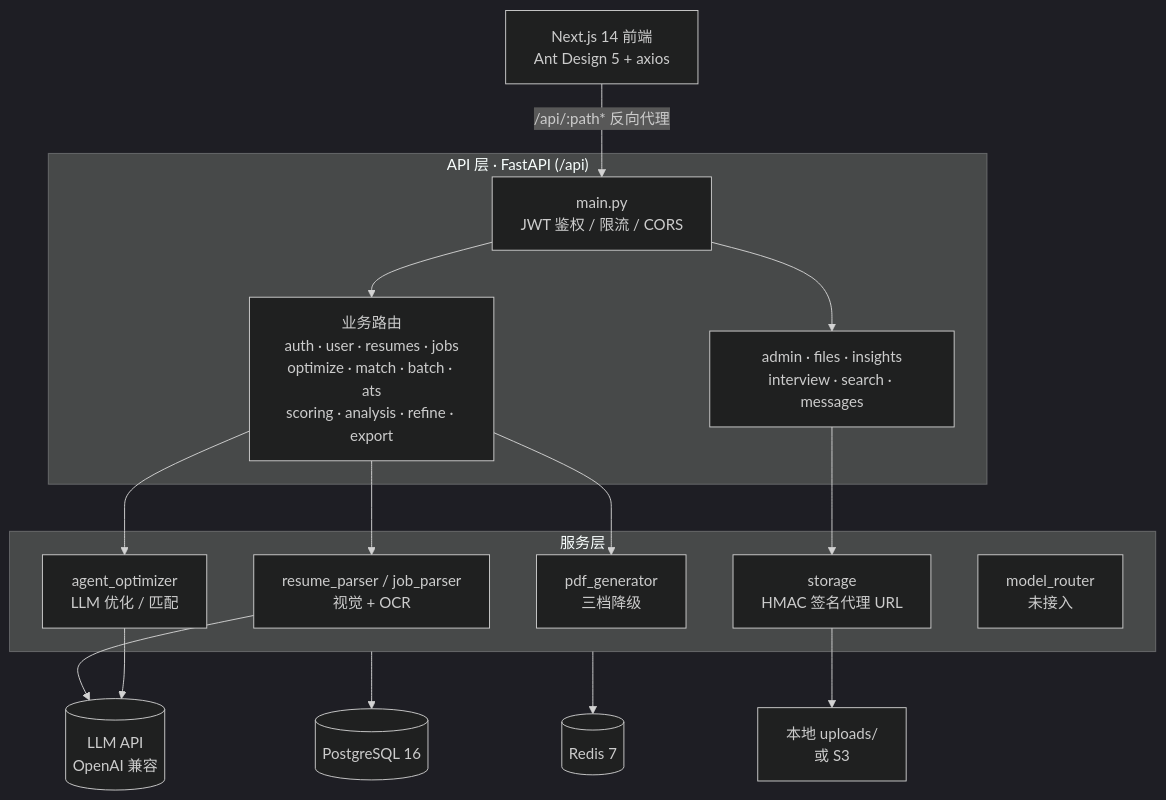
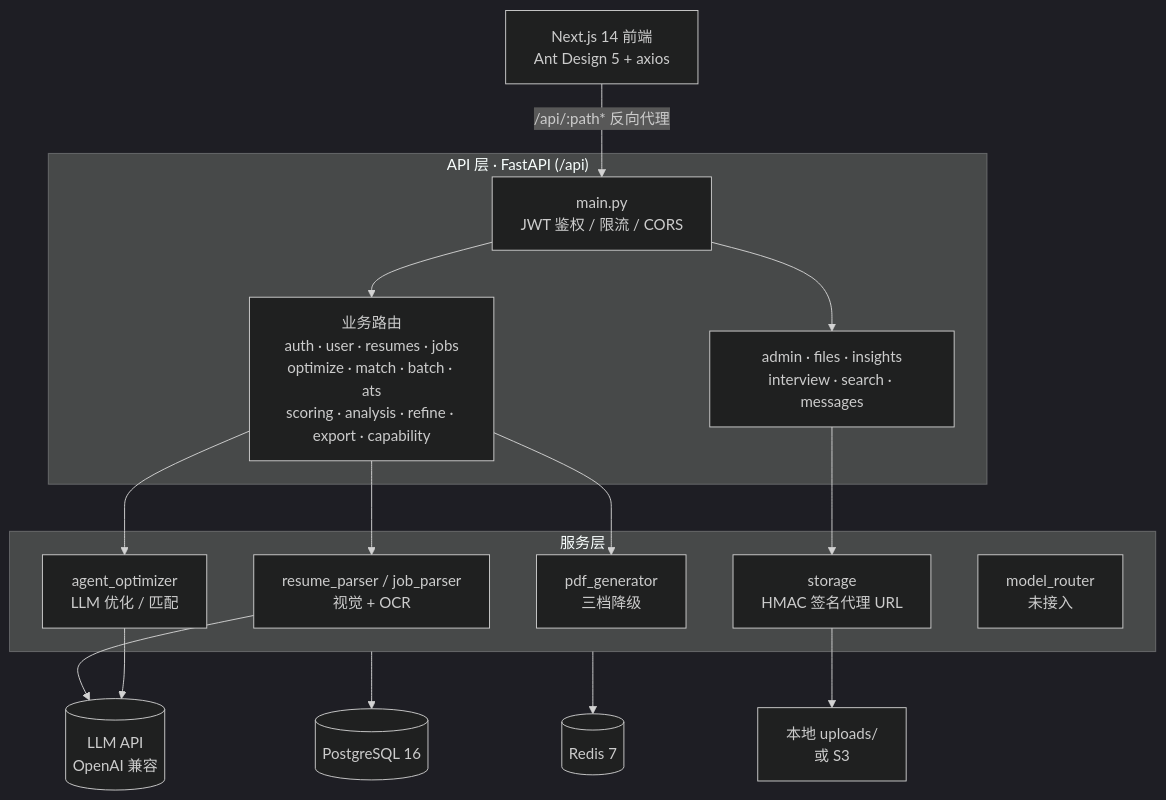
The first of 2 diagrams in PROJECT_OVERVIEW.md (xfufuxx/SmartResume), drawn with Mermaid (dark theme) before and after one commit. The commit also changed other lines of this file and 1 other file, not shown here.

Commit message:
docs: README/概述补充岗位能力测评模块至功能清单；capability API 与架构图入口

````diff
--- a/PROJECT_OVERVIEW.md
+++ b/PROJECT_OVERVIEW.md
@@ -75,28 +76,28 @@
 ```mermaid
 flowchart TB
     FE[Next.js 14 前端<br/>Ant Design 5 + axios]
     subgraph API["API 层 · FastAPI (/api)"]
         GW[main.py<br/>JWT 鉴权 / 限流 / CORS]
-        DOM[业务路由<br/>auth · user · resumes · jobs<br/>optimize · match · batch · ats<br/>scoring · analysis · refine · export]
+        DOM[业务路由<br/>auth · user · resumes · jobs<br/>optimize · match · batch · ats<br/>scoring · analysis · refine · export · capability]
         ADM[admin · files · insights<br/>interview · search · messages]
     end
     subgraph SVC["服务层"]
         PARSER[resume_parser / job_parser<br/>视觉 + OCR]
         AGENT[agent_optimizer<br/>LLM 优化 / 匹配]
         PDF[pdf_generator<br/>三档降级]
         STORE[storage<br/>HMAC 签名代理 URL]
         MR[model_router<br/>未接入]
     end
     LLM[(LLM API<br/>OpenAI 兼容)]
     PG[(PostgreSQL 16)]
     RD[(Redis 7)]
     UP[本地 uploads/<br/>或 S3]
 
     FE -->|/api/:path* 反向代理| GW
     GW --> DOM & ADM
     DOM --> PARSER --> LLM
     DOM --> AGENT --> LLM
     DOM --> PDF
     ADM --> STORE --> UP
     SVC --> PG & RD
 ```
````
